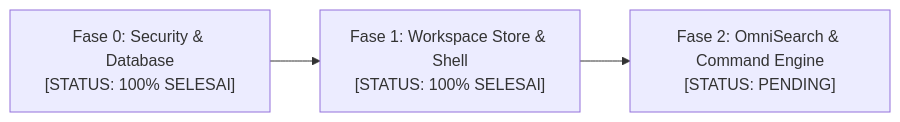
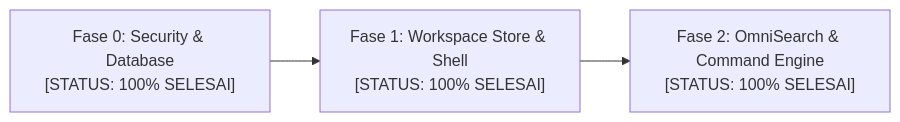
One commit to bagja-iskandar/Management changed the fourth of 6 diagrams in docs/master-remediation-plan.md. Above: the diagram before and after it, drawn with Mermaid. The commit also changed other lines of this file and 46 other files, not shown here.

````diff
--- a/docs/master-remediation-plan.md
+++ b/docs/master-remediation-plan.md
@@ -278,5 +278,5 @@
 ```mermaid
 flowchart LR
     F0["Fase 0: Security & Database\n[STATUS: 100% SELESAI]"] --> F1["Fase 1: Workspace Store & Shell\n[STATUS: 100% SELESAI]"]
-    F1 --> F2["Fase 2: OmniSearch & Command Engine\n[STATUS: PENDING]"]
+    F1 --> F2["Fase 2: OmniSearch & Command Engine\n[STATUS: 100% SELESAI]"]
 ```
````
